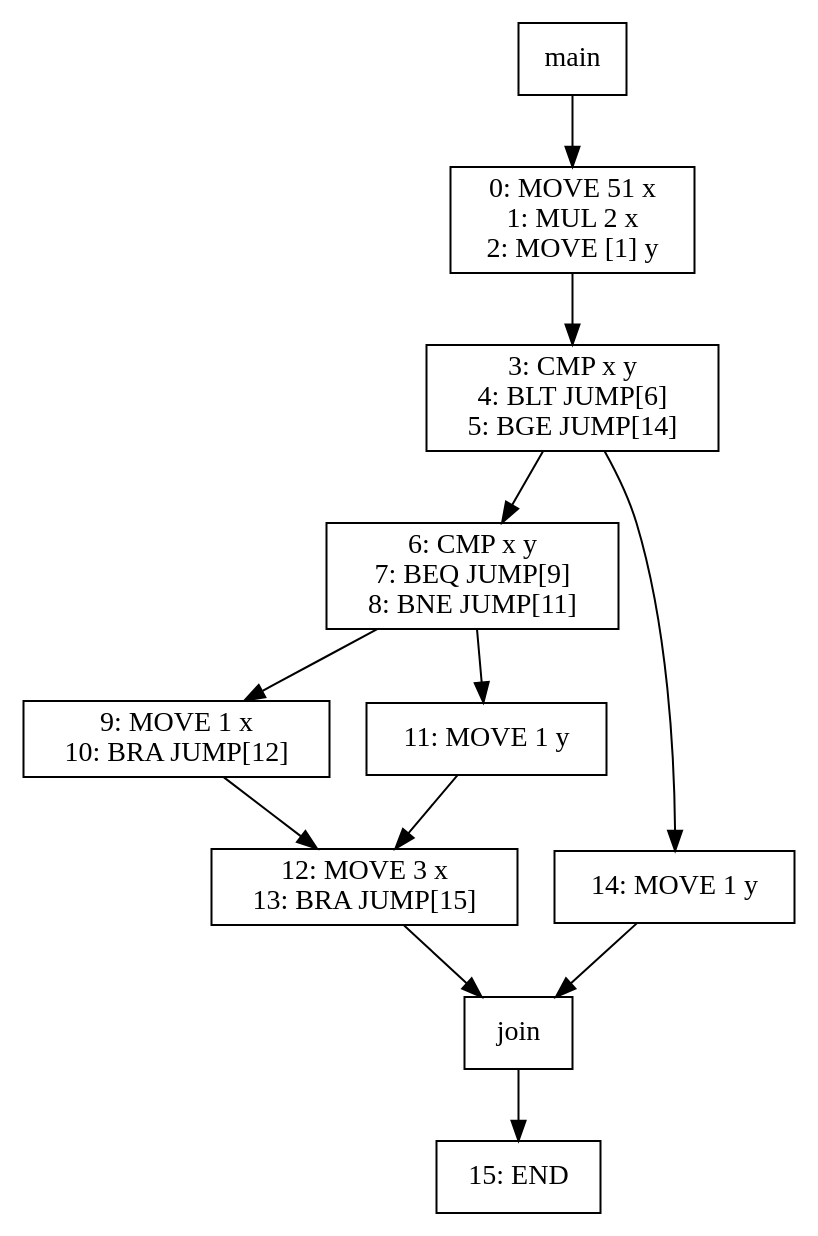
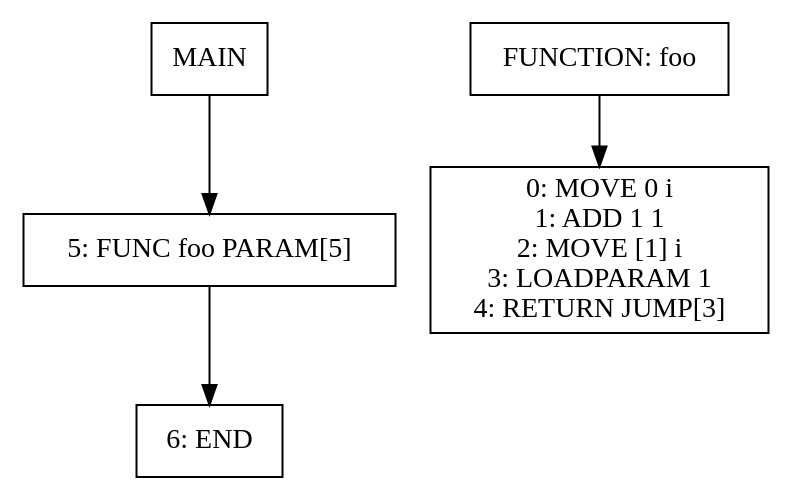
Before and after one commit to jiahanwang/PL241-Compiler: the diagram in viz/test001.dot, drawn with Graphviz. The commit also changed 70 other files, not shown here.

```diff
--- a/viz/test001.dot
+++ b/viz/test001.dot
@@ -1,40 +1,18 @@
 digraph test001 {
 node [shape=box]
-1[label="main"]
-1 -> 3
-3[label="0: MOVE 51 x 
-1: MUL 2 x 
-2: MOVE [1] y 
+1[label="MAIN"]
+1 -> 10
+10[label="5: FUNC foo PARAM[5] 
 "]
-3 -> 5
-5[label="3: CMP x y 
-4: BLT JUMP[6] 
-5: BGE JUMP[14] 
+10 -> 11
+11[label="6: END 
 "]
-5 -> 7
-7[label="6: CMP x y 
-7: BEQ JUMP[9] 
-8: BNE JUMP[11] 
+6[label="FUNCTION: foo"]
+6 -> 8
+8[label="0: MOVE 0 i 
+1: ADD 1 1 
+2: MOVE [1] i 
+3: LOADPARAM 1 
+4: RETURN JUMP[3] 
 "]
-7 -> 9
-9[label="9: MOVE 1 x 
-10: BRA JUMP[12] 
-"]
-9 -> 8
-8[label="12: MOVE 3 x 
-13: BRA JUMP[15] 
-"]
-8 -> 6
-6[label="join"]
-6 -> 13
-13[label="15: END 
-"]
-7 -> 10
-10[label="11: MOVE 1 y 
-"]
-10 -> 8
-5 -> 12
-12[label="14: MOVE 1 y 
-"]
-12 -> 6
 }
```
